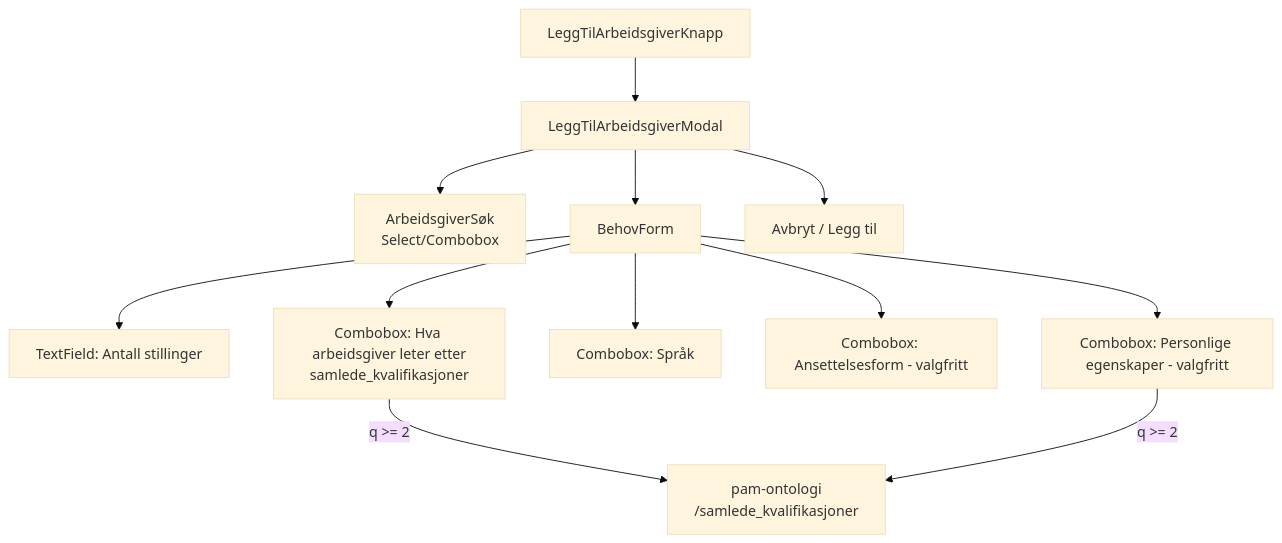
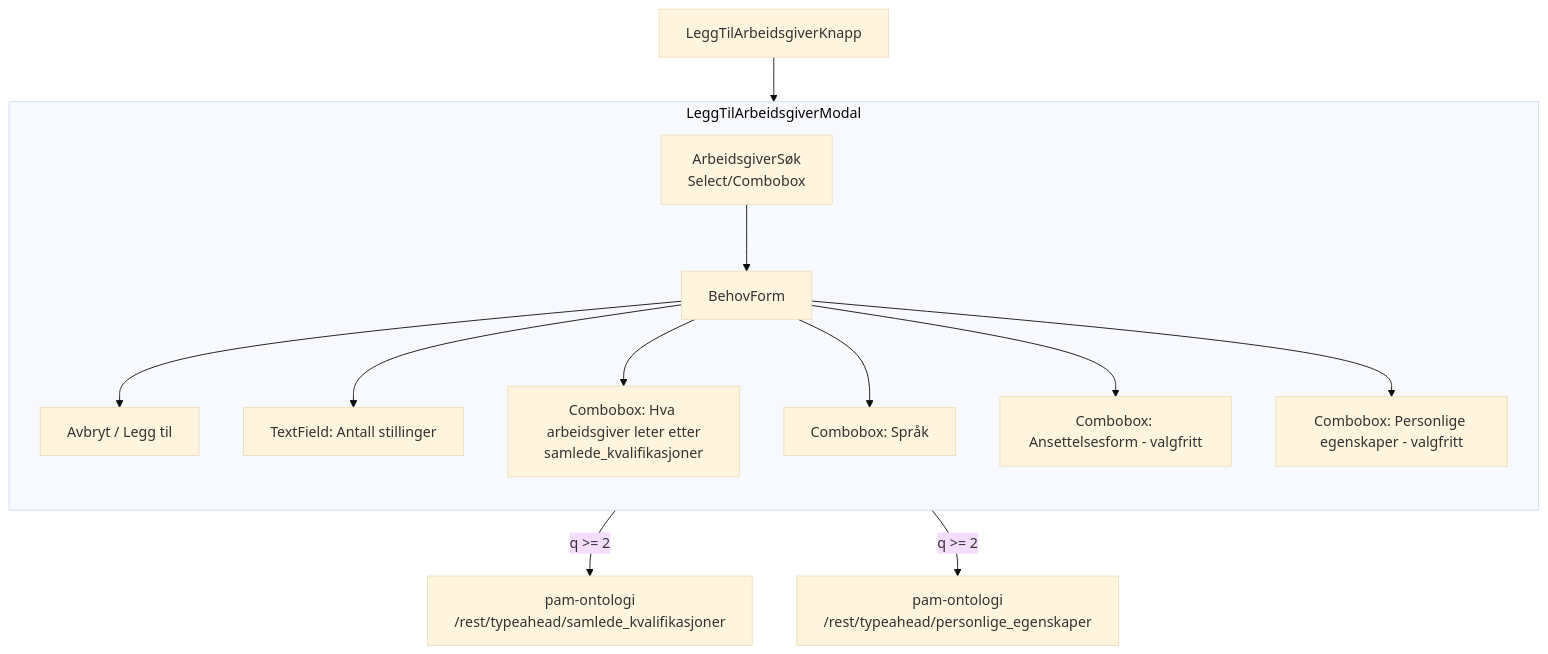
One commit to navikt/rekrutteringstreff-backend changed the third of 3 diagrams in docs/9-planer/arbeidsgiver_behov/arbeidsgivers-behov.md. Above: the diagram before and after it, drawn with Mermaid (base theme). The commit also changed other lines of this file and 1 other file, not shown here.

Commit message:
Oppdater dok for arbeidsgivers behov

````diff
--- a/docs/9-planer/arbeidsgiver_behov/arbeidsgivers-behov.md
+++ b/docs/9-planer/arbeidsgiver_behov/arbeidsgivers-behov.md
@@ -176,14 +176,17 @@
 ```mermaid
 flowchart TB
-  Knapp["LeggTilArbeidsgiverKnapp"] --> Modal["LeggTilArbeidsgiverModal"]
-  Modal --> Sok["ArbeidsgiverSøk\nSelect/Combobox"]
-  Modal --> Form["BehovForm"]
-  Form --> AntallFelt["TextField: Antall stillinger"]
-  Form --> KvalFelt["Combobox: Hva arbeidsgiver leter etter\nsamlede_kvalifikasjoner"]
-  Form --> SprakFelt["Combobox: Språk"]
-  Form --> AnsFelt["Combobox: Ansettelsesform - valgfritt"]
-  Form --> EgensFelt["Combobox: Personlige egenskaper - valgfritt"]
-  KvalFelt -->|"q >= 2"| Onto["pam-ontologi\n/samlede_kvalifikasjoner"]
-  EgensFelt -->|"q >= 2"| Onto
-  Modal --> Knapper["Avbryt / Legg til"]
+  Knapp["LeggTilArbeidsgiverKnapp"] --> Modal
+
+  subgraph Modal["LeggTilArbeidsgiverModal"]
+    direction TB
+    Sok["ArbeidsgiverSøk\nSelect/Combobox"] --> Form["BehovForm"] --> Knapper["Avbryt / Legg til"]
+    Form --> AntallFelt["TextField: Antall stillinger"]
+    Form --> KvalFelt["Combobox: Hva arbeidsgiver leter etter\nsamlede_kvalifikasjoner"]
+    Form --> SprakFelt["Combobox: Språk"]
+    Form --> AnsFelt["Combobox: Ansettelsesform - valgfritt"]
+    Form --> EgensFelt["Combobox: Personlige egenskaper - valgfritt"]
+  end
+
+  KvalFelt -->|"q >= 2"| SamledeOnto["pam-ontologi\n/rest/typeahead/samlede_kvalifikasjoner"]
+  EgensFelt -->|"q >= 2"| PersonligeOnto["pam-ontologi\n/rest/typeahead/personlige_egenskaper"]
 ```
````
